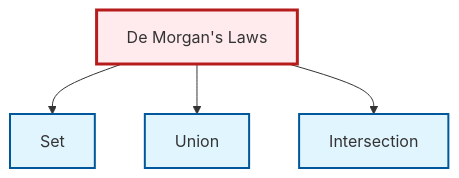
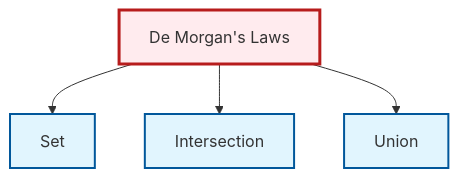
Before and after one commit to RK0429/ModernMath: the diagram in output/mermaid/en/thm-de-morgan.mermaid, drawn with Mermaid. The commit also changed other lines of this file and 1779 other files, not shown here.

```diff
--- a/output/mermaid/en/thm-de-morgan.mermaid
+++ b/output/mermaid/en/thm-de-morgan.mermaid
@@ -1,14 +1,14 @@
 graph TD
     classDef definition fill:#e1f5fe,stroke:#01579b,stroke-width:2px
     classDef theorem fill:#f3e5f5,stroke:#4a148c,stroke-width:2px
     classDef axiom fill:#fff3e0,stroke:#e65100,stroke-width:2px
     classDef example fill:#e8f5e9,stroke:#1b5e20,stroke-width:2px
     classDef current fill:#ffebee,stroke:#b71c1c,stroke-width:3px
-    def-union["Union"]:::definition
-    def-set["Set"]:::definition
     thm-de-morgan["De Morgan's Laws"]:::theorem
     def-intersection["Intersection"]:::definition
+    def-set["Set"]:::definition
+    def-union["Union"]:::definition
     thm-de-morgan --> def-set
+    thm-de-morgan --> def-intersection
     thm-de-morgan --> def-union
-    thm-de-morgan --> def-intersection
     class thm-de-morgan current
```
